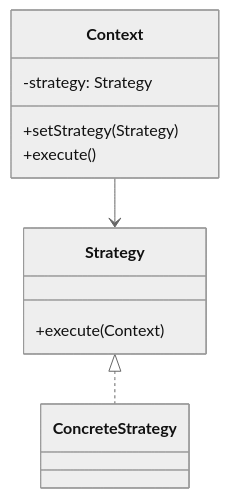
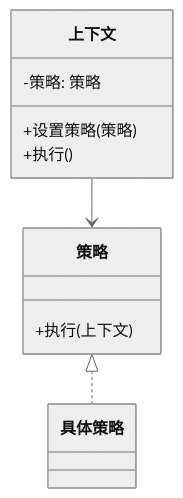
Before and after one commit to xlb3055/newBlog: the diagram in src/设计模式/行为模式/策略模式.md, drawn with Mermaid (neutral theme). The commit also changed other lines of this file and 17 other files, not shown here.

````diff
--- a/src/设计模式/行为模式/策略模式.md
+++ b/src/设计模式/行为模式/策略模式.md
@@ -32,15 +32,15 @@
 ```mermaid
 classDiagram
-    class Strategy {
-      +execute(Context)
+    class 策略 {
+      +执行(上下文)
     }
-    class ConcreteStrategy
-    class Context {
-      -strategy: Strategy
-      +setStrategy(Strategy)
-      +execute()
+    class 具体策略
+    class 上下文 {
+      -策略: 策略
+      +设置策略(策略)
+      +执行()
     }
 
-    Strategy <|.. ConcreteStrategy
-    Context --> Strategy
+    策略 <|.. 具体策略
+    上下文 --> 策略
 ```
````
